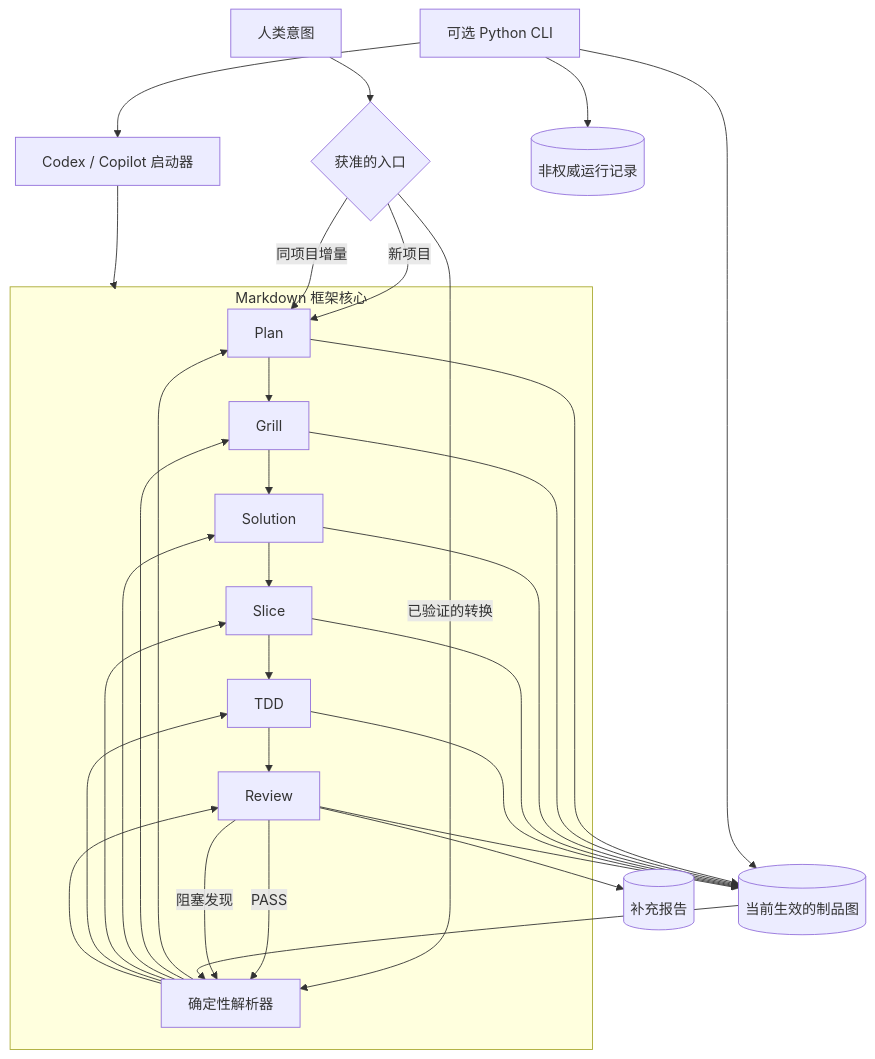
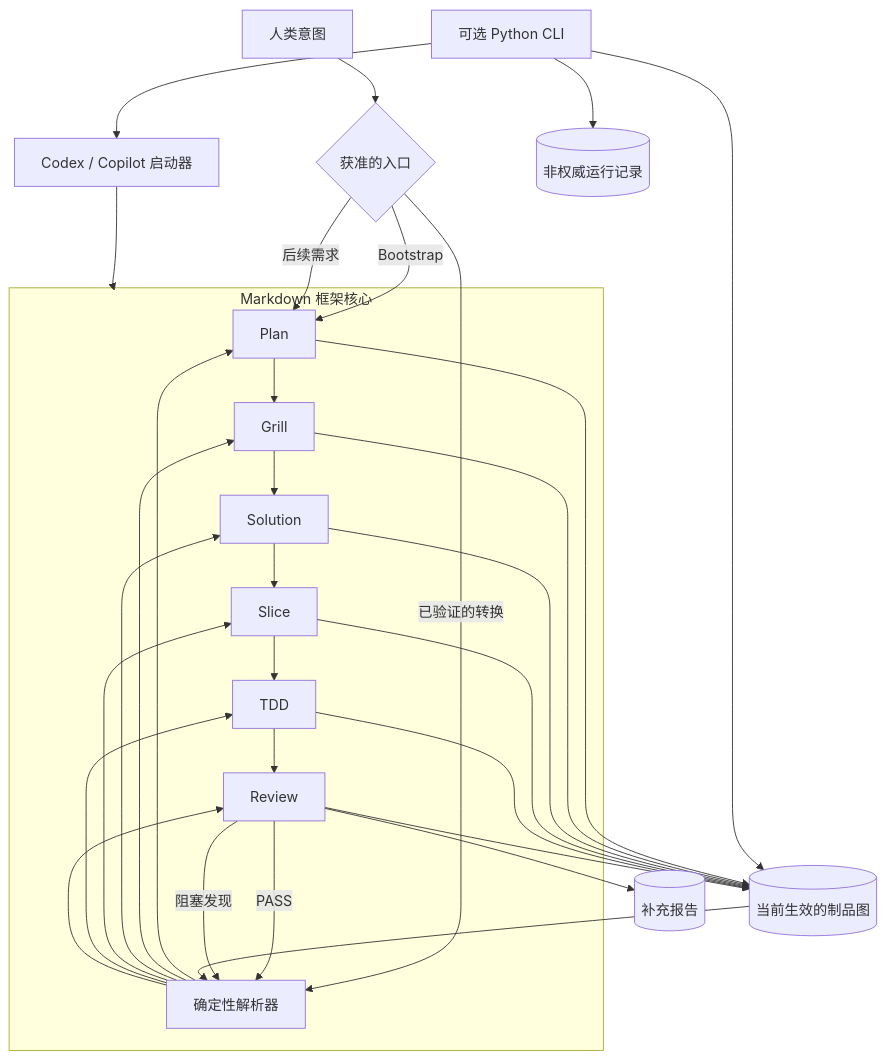
One commit to idairen/forgeflow changed the diagram in docs/guides/concept-and-architecture.zh-CN.md. Above: the diagram before and after it, drawn with Mermaid. The commit also changed other lines of this file and 37 other files, not shown here.

````diff
--- a/docs/guides/concept-and-architecture.zh-CN.md
+++ b/docs/guides/concept-and-architecture.zh-CN.md
@@ -89,37 +89,37 @@
 ```mermaid
 flowchart TB
     User[人类意图] --> Entry{获准的入口}
-    Entry -->|新项目| Plan
-    Entry -->|同项目增量| Plan
+    Entry -->|Bootstrap| Plan
+    Entry -->|后续需求| Plan
     Entry -->|已验证的转换| Resolver
 
     subgraph Core[Markdown 框架核心]
         Plan[Plan] --> Grill[Grill]
         Grill --> Solution[Solution]
         Solution --> Slice[Slice]
         Slice --> TDD[TDD]
         TDD --> Review[Review]
         Review -->|PASS| Resolver[确定性解析器]
         Review -->|阻塞发现| Resolver
         Resolver --> Plan
         Resolver --> Grill
         Resolver --> Solution
         Resolver --> Slice
         Resolver --> TDD
         Resolver --> Review
     end
 
     Plan --> Graph[(当前生效的制品图)]
     Grill --> Graph
     Solution --> Graph
     Slice --> Graph
     TDD --> Graph
     Review --> Graph
     Graph --> Resolver
 
     Review --> Reports[(补充报告)]
     Adapters[Codex / Copilot 启动器] --> Core
     CLI[可选 Python CLI] --> Adapters
     CLI --> Graph
     CLI --> Runtime[(非权威运行记录)]
 ```
````
